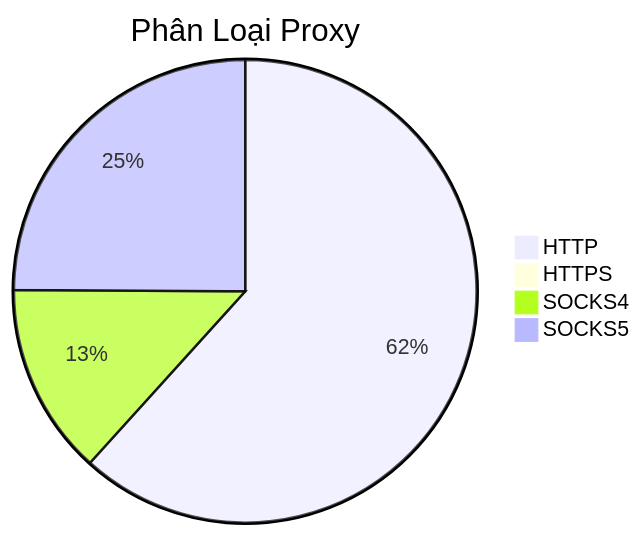
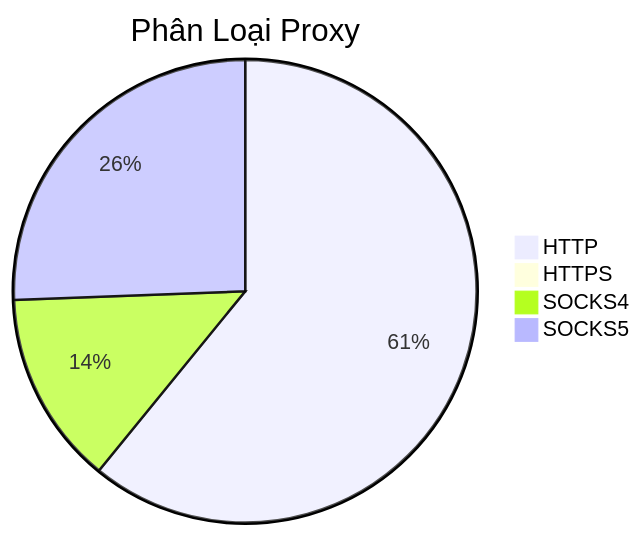
One commit to Ciara-12/PROXY-free changed the diagram in README.md. Above: the diagram before and after it, drawn with Mermaid. The commit also changed other lines of this file and 3 other files, not shown here.

````diff
--- a/README.md
+++ b/README.md
@@ -26,7 +26,7 @@
 ```mermaid
 pie title Phân Loại Proxy
-    "HTTP" : 1392
+    "HTTP" : 1708
     "HTTPS" : 1
-    "SOCKS4" : 302
-    "SOCKS5" : 562
+    "SOCKS4" : 379
+    "SOCKS5" : 718
 ```
````
